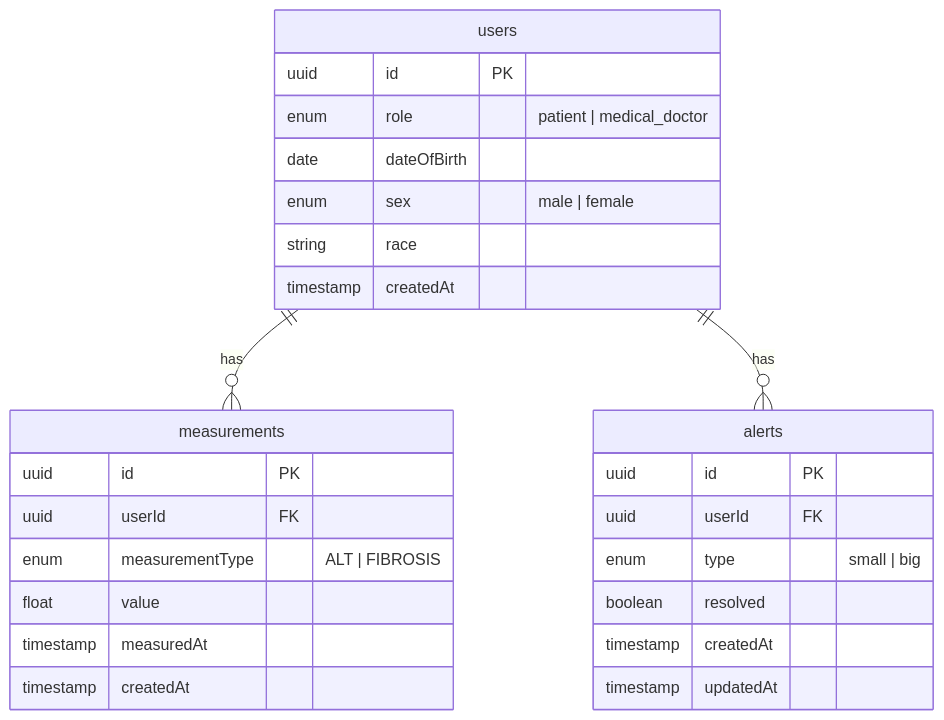
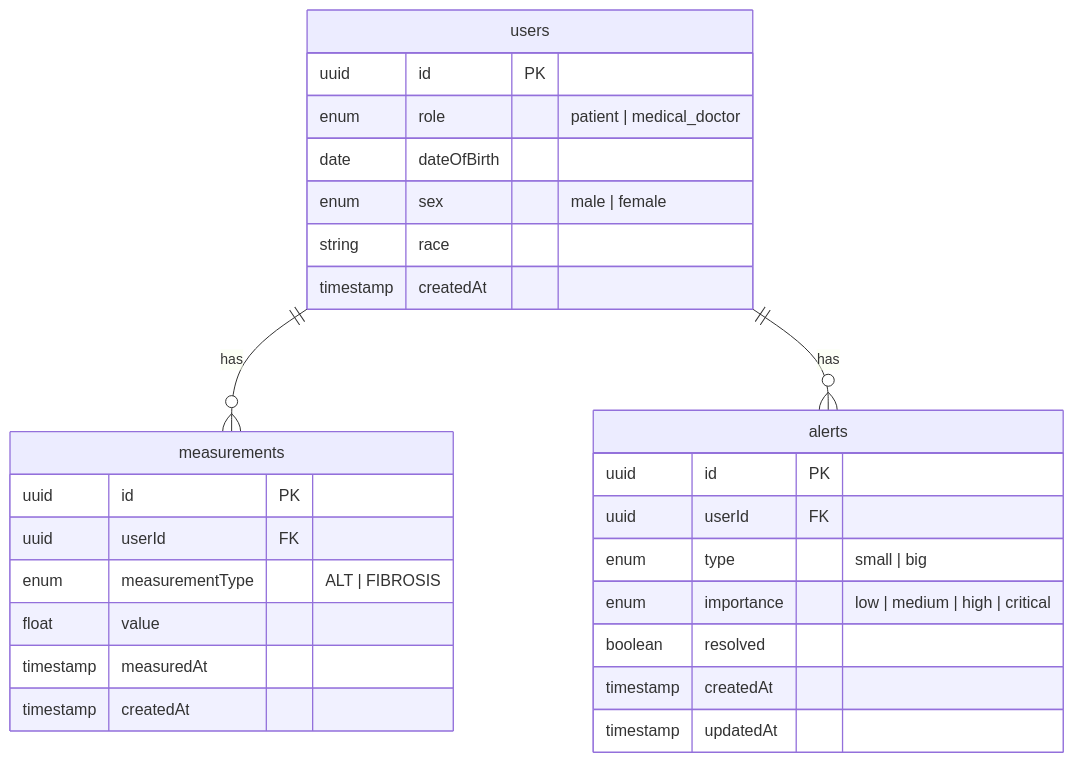
One commit to arturwojnar/alerting-app-example changed the diagram in docs/mmd/database-schema.mmd. Above: the diagram before and after it, drawn with Mermaid. The commit also changed 7 other files, not shown here.

```diff
--- a/docs/mmd/database-schema.mmd
+++ b/docs/mmd/database-schema.mmd
@@ -1,30 +1,31 @@
 erDiagram
     users ||--o{ measurements : "has"
     users ||--o{ alerts : "has"
 
     users {
         uuid id PK
         enum role "patient | medical_doctor"
         date dateOfBirth
         enum sex "male | female"
         string race
         timestamp createdAt
     }
 
     measurements {
         uuid id PK
         uuid userId FK
         enum measurementType "ALT | FIBROSIS"
         float value
         timestamp measuredAt
         timestamp createdAt
     }
 
     alerts {
         uuid id PK
         uuid userId FK
         enum type "small | big"
+        enum importance "low | medium | high | critical"
         boolean resolved
         timestamp createdAt
         timestamp updatedAt
     }
```
